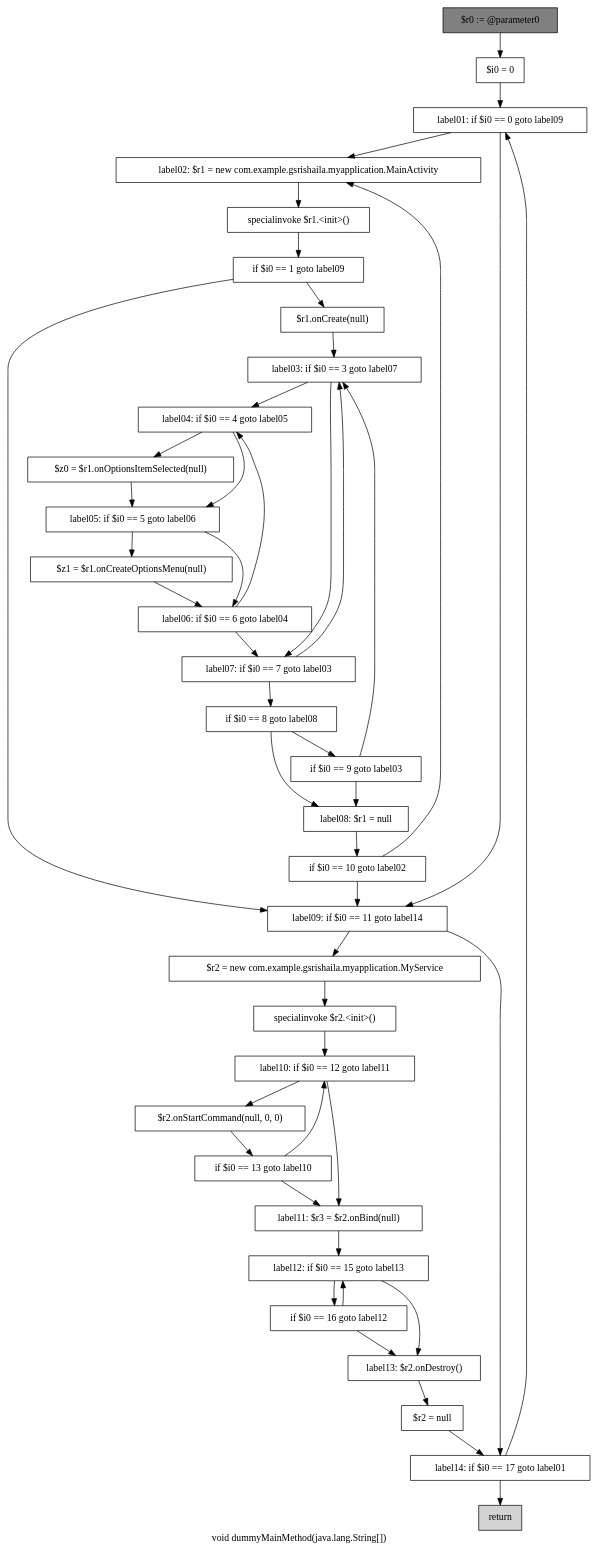
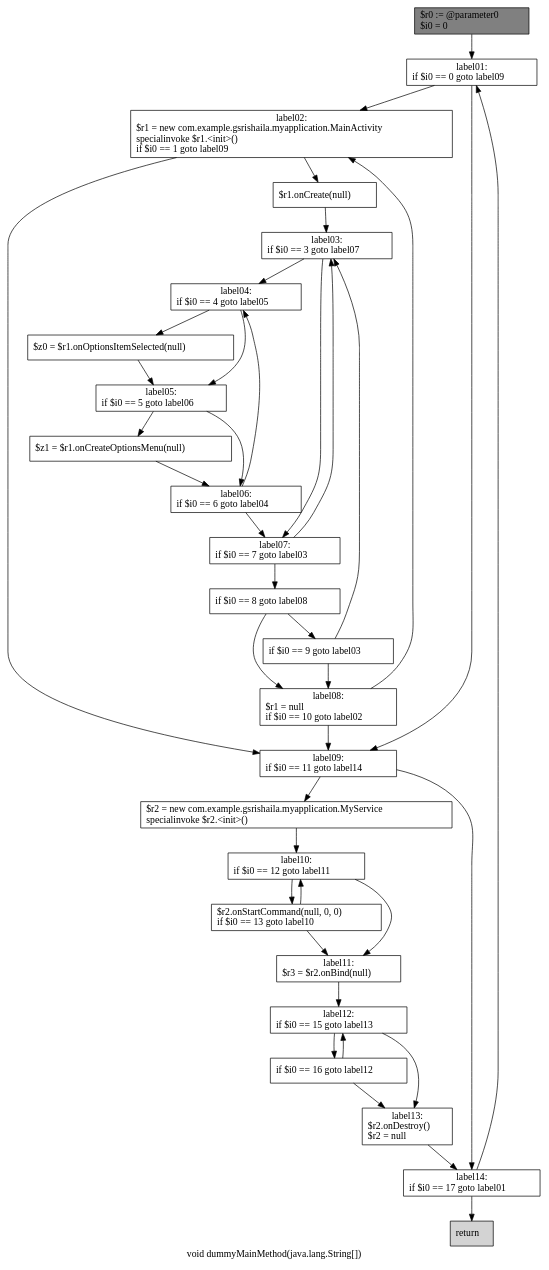
Before and after one commit to gsrishaila/summer: the diagram in soot-infoflow-android-develop/dummyMainMethod.dot, drawn with Graphviz. The commit also changed 14 other files, not shown here.

```diff
--- a/soot-infoflow-android-develop/dummyMainMethod.dot
+++ b/soot-infoflow-android-develop/dummyMainMethod.dot
@@ -1,81 +1,67 @@
 digraph "void dummyMainMethod(java.lang.String[])" {
     label="void dummyMainMethod(java.lang.String[])";
     node [shape=box];
-    "0" [style=filled,fillcolor=gray,label="$r0 := @parameter0",];
-    "1" [label="$i0 = 0",];
+    "0" [style=filled,fillcolor=gray,label="$r0 := @parameter0\l$i0 = 0\l",];
+    "1" [label="label01:\nif $i0 == 0 goto label09\l",];
     "0"->"1";
-    "2" [label="label01: if $i0 == 0 goto label09",];
+    "2" [label="label02:\n$r1 = new com.example.gsrishaila.myapplication.MainActivity\lspecialinvoke $r1.<init>()\lif $i0 == 1 goto label09\l",];
     "1"->"2";
-    "3" [label="label02: $r1 = new com.example.gsrishaila.myapplication.MainActivity",];
+    "14" [label="label09:\nif $i0 == 11 goto label14\l",];
+    "1"->"14";
+    "3" [label="$r1.onCreate(null)\l",];
     "2"->"3";
-    "18" [label="label09: if $i0 == 11 goto label14",];
-    "2"->"18";
-    "4" [label="specialinvoke $r1.<init>()",];
+    "2"->"14";
+    "4" [label="label03:\nif $i0 == 3 goto label07\l",];
     "3"->"4";
-    "5" [label="if $i0 == 1 goto label09",];
+    "5" [label="label04:\nif $i0 == 4 goto label05\l",];
     "4"->"5";
-    "6" [label="$r1.onCreate(null)",];
+    "10" [label="label07:\nif $i0 == 7 goto label03\l",];
+    "4"->"10";
+    "6" [label="$z0 = $r1.onOptionsItemSelected(null)\l",];
     "5"->"6";
-    "5"->"18";
-    "7" [label="label03: if $i0 == 3 goto label07",];
+    "7" [label="label05:\nif $i0 == 5 goto label06\l",];
+    "5"->"7";
     "6"->"7";
-    "8" [label="label04: if $i0 == 4 goto label05",];
+    "8" [label="$z1 = $r1.onCreateOptionsMenu(null)\l",];
     "7"->"8";
-    "13" [label="label07: if $i0 == 7 goto label03",];
-    "7"->"13";
-    "9" [label="$z0 = $r1.onOptionsItemSelected(null)",];
+    "9" [label="label06:\nif $i0 == 6 goto label04\l",];
+    "7"->"9";
     "8"->"9";
-    "10" [label="label05: if $i0 == 5 goto label06",];
-    "8"->"10";
+    "9"->"5";
     "9"->"10";
-    "11" [label="$z1 = $r1.onCreateOptionsMenu(null)",];
+    "10"->"4";
+    "11" [label="if $i0 == 8 goto label08\l",];
     "10"->"11";
-    "12" [label="label06: if $i0 == 6 goto label04",];
-    "10"->"12";
+    "12" [label="if $i0 == 9 goto label03\l",];
     "11"->"12";
-    "12"->"8";
+    "13" [label="label08:\n$r1 = null\lif $i0 == 10 goto label02\l",];
+    "11"->"13";
+    "12"->"4";
     "12"->"13";
-    "13"->"7";
-    "14" [label="if $i0 == 8 goto label08",];
+    "13"->"2";
     "13"->"14";
-    "15" [label="if $i0 == 9 goto label03",];
+    "15" [label="$r2 = new com.example.gsrishaila.myapplication.MyService\lspecialinvoke $r2.<init>()\l",];
     "14"->"15";
-    "16" [label="label08: $r1 = null",];
-    "14"->"16";
-    "15"->"7";
+    "22" [label="label14:\nif $i0 == 17 goto label01\l",];
+    "14"->"22";
+    "16" [label="label10:\nif $i0 == 12 goto label11\l",];
     "15"->"16";
-    "17" [label="if $i0 == 10 goto label02",];
+    "17" [label="$r2.onStartCommand(null, 0, 0)\lif $i0 == 13 goto label10\l",];
     "16"->"17";
-    "17"->"3";
+    "18" [label="label11:\n$r3 = $r2.onBind(null)\l",];
+    "16"->"18";
+    "17"->"16";
     "17"->"18";
-    "19" [label="$r2 = new com.example.gsrishaila.myapplication.MyService",];
+    "19" [label="label12:\nif $i0 == 15 goto label13\l",];
     "18"->"19";
-    "29" [label="label14: if $i0 == 17 goto label01",];
-    "18"->"29";
-    "20" [label="specialinvoke $r2.<init>()",];
+    "20" [label="if $i0 == 16 goto label12\l",];
     "19"->"20";
-    "21" [label="label10: if $i0 == 12 goto label11",];
+    "21" [label="label13:\n$r2.onDestroy()\l$r2 = null\l",];
+    "19"->"21";
+    "20"->"19";
     "20"->"21";
-    "22" [label="$r2.onStartCommand(null, 0, 0)",];
     "21"->"22";
-    "24" [label="label11: $r3 = $r2.onBind(null)",];
-    "21"->"24";
-    "23" [label="if $i0 == 13 goto label10",];
+    "22"->"1";
+    "23" [style=filled,fillcolor=lightgray,label="return\l",];
     "22"->"23";
-    "23"->"21";
-    "23"->"24";
-    "25" [label="label12: if $i0 == 15 goto label13",];
-    "24"->"25";
-    "26" [label="if $i0 == 16 goto label12",];
-    "25"->"26";
-    "27" [label="label13: $r2.onDestroy()",];
-    "25"->"27";
-    "26"->"25";
-    "26"->"27";
-    "28" [label="$r2 = null",];
-    "27"->"28";
-    "28"->"29";
-    "29"->"2";
-    "30" [style=filled,fillcolor=lightgray,label="return",];
-    "29"->"30";
 }
```
